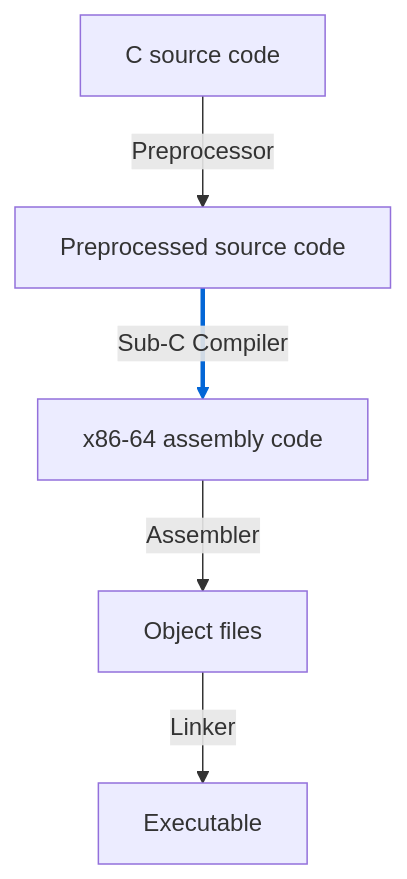
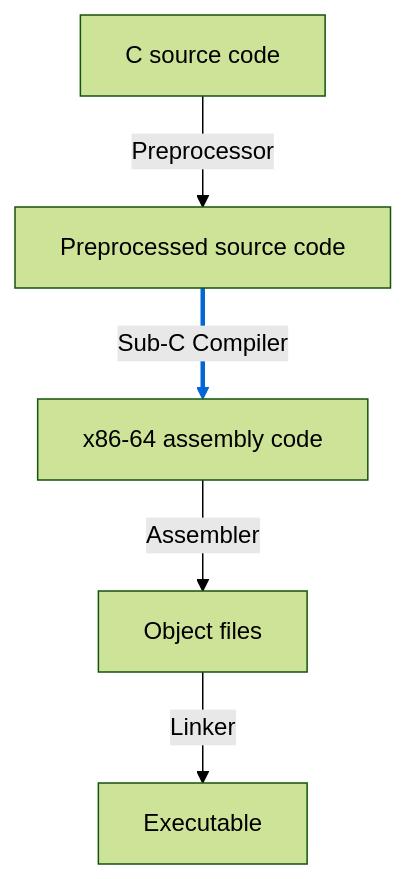
The diagram in README.md (joshuanunn/sub-c), drawn with Mermaid before and after one commit.

Commit message:
Enhance README with Mermaid flowchart configuration
Added configuration for Mermaid flowchart in README.

````diff
--- a/README.md
+++ b/README.md
@@ -93,15 +93,19 @@
 ```mermaid
+---
+config:
+  theme: 'forest'
+---
 flowchart TB
     A["C source code"]
     B["Preprocessed source code"]
     C["x86-64 assembly code"]
     D["Object files"]
     E["Executable"]
 
     A -- "Preprocessor" --> B
     B -- "Sub-C Compiler" --> C
     C -- "Assembler" --> D
     D -- "Linker" --> E
 
     linkStyle 1 stroke-width:3px,stroke:#0366d6
 ```
````
